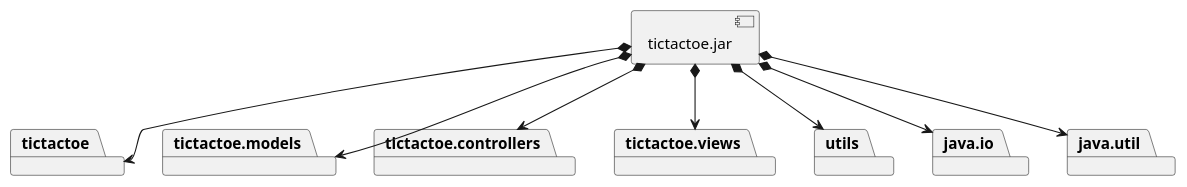
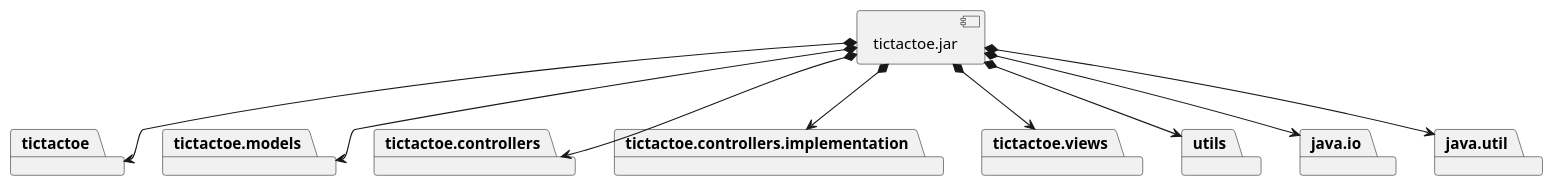
Before and after one commit to x-USantaTecla-game-ticTacToe/java: the third of 6 diagrams in docs/src/docs/asciidoc/index.adoc, drawn with PlantUML. The commit also changed other lines of this file and 67 other files, not shown here.

```diff
--- a/docs/src/docs/asciidoc/index.adoc
+++ b/docs/src/docs/asciidoc/index.adoc
@@ -1025,29 +1166,32 @@
 [plantuml,diagramaImplementacion,svg]
 ....
 
 package "  "  as tictactoe {
 }
 package "  "  as tictactoe.models {
 }
 package "  "  as tictactoe.controllers {
+}
+package "  "  as tictactoe.controllers.implementation {
 }
 package "  "  as tictactoe.views {
 }
 package "  "  as utils {
 }
 package "  "  as java.io {
 }
 package "  "  as java.util {
 }
 
 [tictactoe.jar] as jar
 
 jar *--> tictactoe
 jar *--> tictactoe.models
 jar *--> tictactoe.controllers
+jar *--> tictactoe.controllers.implementation
 jar *--> tictactoe.views
 jar *--> utils
 jar *--> java.io
 jar *--> java.util
 
 ....
```
